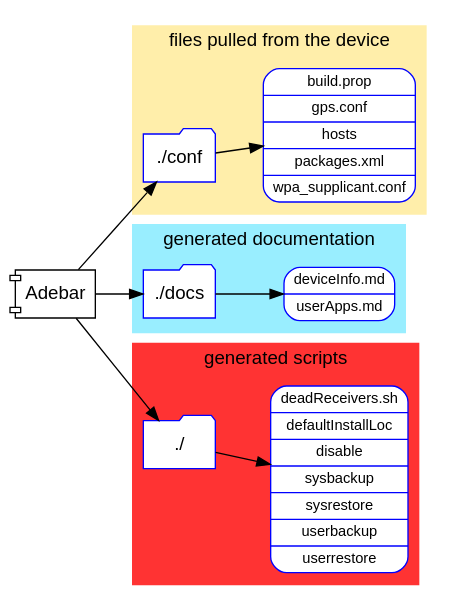
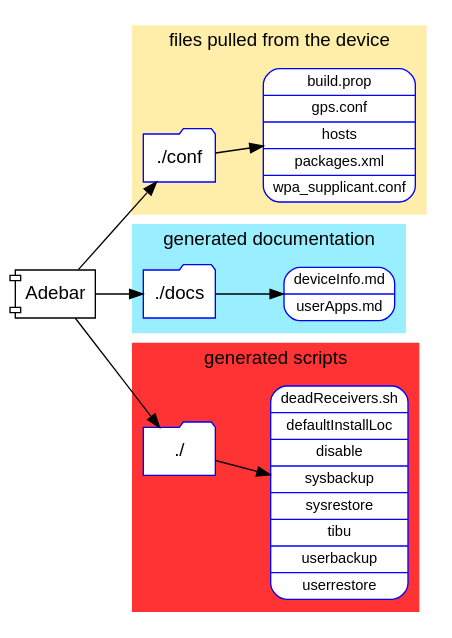
One commit to IzzySoft/Adebar changed the diagram in doc/AdebarFiles.gv. Above: the diagram before and after it, drawn with Graphviz. The commit also changed 1 other file, not shown here.

Commit message:
forgot to include tibu script in graph

```diff
--- a/doc/AdebarFiles.gv
+++ b/doc/AdebarFiles.gv
@@ -1,49 +1,49 @@
 digraph AdebarFiles {
 /* Files generated by Adebar. Graphviz data file. */
 
   fontname = Arial;
   node [ fontname = Arial ];
   rankdir = LR;
 
   subgraph cluster_conf {
     rankdir = LR;
     style = filled;
     color = "#ffeeaa";
     node [ style=filled, color=blue, fillcolor=white ];
     label = "files pulled from the device";
 
     conf [ shape = folder, label = "./conf" ];
     conffiles [ shape = Mrecord, fontsize = 11, label = "build.prop|gps.conf|hosts|packages.xml|wpa_supplicant.conf" ];
     conf -> conffiles;
   }
 
   subgraph cluster_doc {
     rankdir = LR;
     style = filled;
     color = "#99eeff";
     node [ style=filled, color=blue, fillcolor=white ];
     label = "generated documentation"
 
     docs [ shape = folder, label = "./docs" ];
     docfiles [ shape = Mrecord, fontsize = 11, label = "deviceInfo.md|userApps.md" ];
     docs -> docfiles;
   }
 
   subgraph cluster_scripts {
     rankdir = LR;
     style = filled;
     color = "#ff3333";
     node [ style=filled, color=blue, fillcolor=white ];
     label = "generated scripts";
 
     scripts [ shape = folder, label = "./" ];
-    scriptfiles [ shape= Mrecord, fontsize = 11, label = "deadReceivers.sh|defaultInstallLoc|disable|sysbackup|sysrestore|userbackup|userrestore" ];
+    scriptfiles [ shape= Mrecord, fontsize = 11, label = "deadReceivers.sh|defaultInstallLoc|disable|sysbackup|sysrestore|tibu|userbackup|userrestore" ];
     scripts -> scriptfiles;
   }
 
   Adebar [ shape = component ];
   Adebar -> conf;
   Adebar -> docs;
   Adebar -> scripts;
 
 }
```
